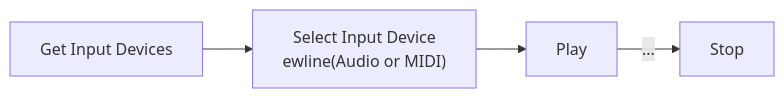
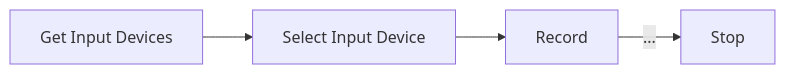
Before and after one commit to aidan-clyens/miniaudioengine: the third of 21 diagrams in docs/DESIGN_DOC.md, drawn with Mermaid. The commit also changed other lines of this file, not shown here.

````diff
--- a/docs/DESIGN_DOC.md
+++ b/docs/DESIGN_DOC.md
@@ -130,12 +138,12 @@
 ```mermaid
 flowchart LR
 
     Step1["Get Input Devices"]
-    Step2["Select Input Device\newline(Audio or MIDI)"]
-    Step3["Play"]
+    Step2["Select Input Device"]
+    Step3["Record"]
     Step4["Stop"]
 
     Step1 --> Step2
     Step2 --> Step3
     Step3 -->|...| Step4
 ```
````
